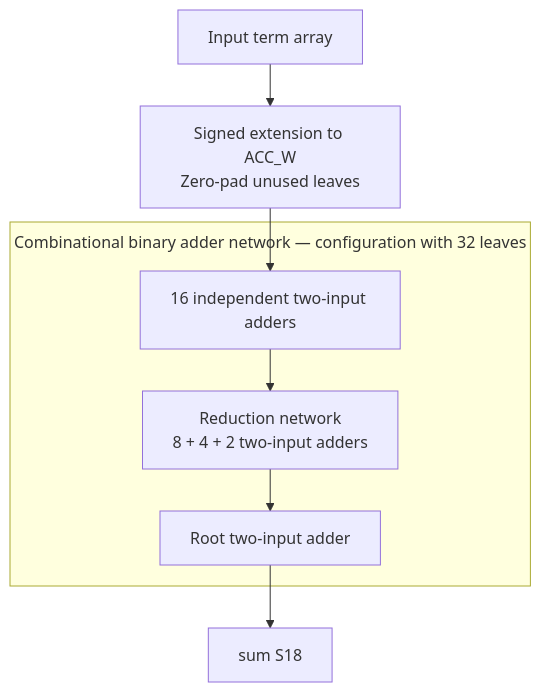
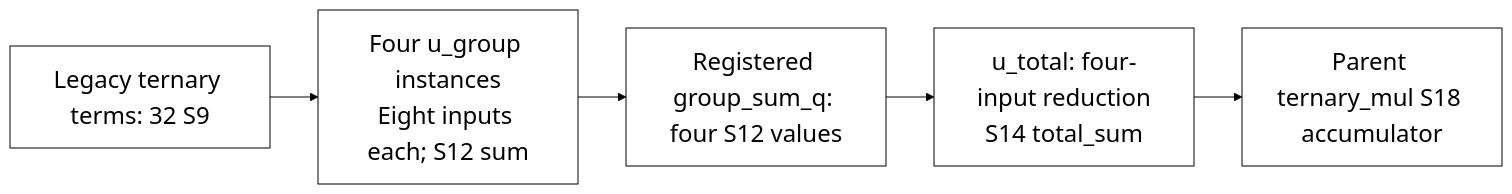
The second of 2 diagrams in docs/source_guide/blocks/acc_mul.sv.md (nguyennhutkhanhtom/NPU), drawn with Mermaid before and after one commit. The commit also changed other lines of this file and 102 other files, not shown here.

First line of the commit message:
docs: refresh guides and source-grounded RTL diagrams

````diff
--- a/docs/source_guide/blocks/acc_mul.sv.md
+++ b/docs/source_guide/blocks/acc_mul.sv.md
@@ -104,14 +101,10 @@
 ```mermaid
-flowchart TB
-%%{init: {"flowchart": {"subGraphTitleMargin": {"top": 8, "bottom": 20}, "nodeSpacing": 28, "rankSpacing": 42, "curve": "linear"}}}%%
-    IN["Input term array"] --> EXT["Signed extension to ACC_W<br/>Zero-pad unused leaves"]
-    subgraph TREE["Combinational binary adder network — configuration with 32 leaves"]
-        L["16 independent two-input adders"]
-        MID["Reduction network<br/>8 + 4 + 2 two-input adders"]
-        ROOT["Root two-input adder"]
-        L --> MID
-        MID --> ROOT
-    end
-    EXT --> L
-    ROOT --> OUT["sum S18"]
+%%{init: {"theme":"base","fontFamily":"Arial, sans-serif","themeVariables":{"fontSize":"24px","primaryColor":"#ffffff","primaryTextColor":"#000000","primaryBorderColor":"#000000","secondaryColor":"#ffffff","tertiaryColor":"#ffffff","lineColor":"#000000","textColor":"#000000","mainBkg":"#ffffff","nodeBorder":"#000000","clusterBkg":"#ffffff","clusterBorder":"#000000","edgeLabelBackground":"#ffffff"},"flowchart":{"htmlLabels":true,"useMaxWidth":false,"nodeSpacing":32,"rankSpacing":48,"curve":"linear","subGraphTitleMargin":{"top":16,"bottom":30}}}}%%
+flowchart LR
+ T["Legacy ternary terms: 32 S9"] --> G["Four u_group instances<br/>Eight inputs each; S12 sum"]
+ G --> R["Registered group_sum_q: four S12 values"]
+ R --> A["u_total: four-input reduction<br/>S14 total_sum"]
+ A --> B["Parent ternary_mul S18 accumulator"]
+    classDef default fill:white,stroke:black,color:black,font-size:24px;
+    linkStyle default stroke:black,color:black;
 ```
````
